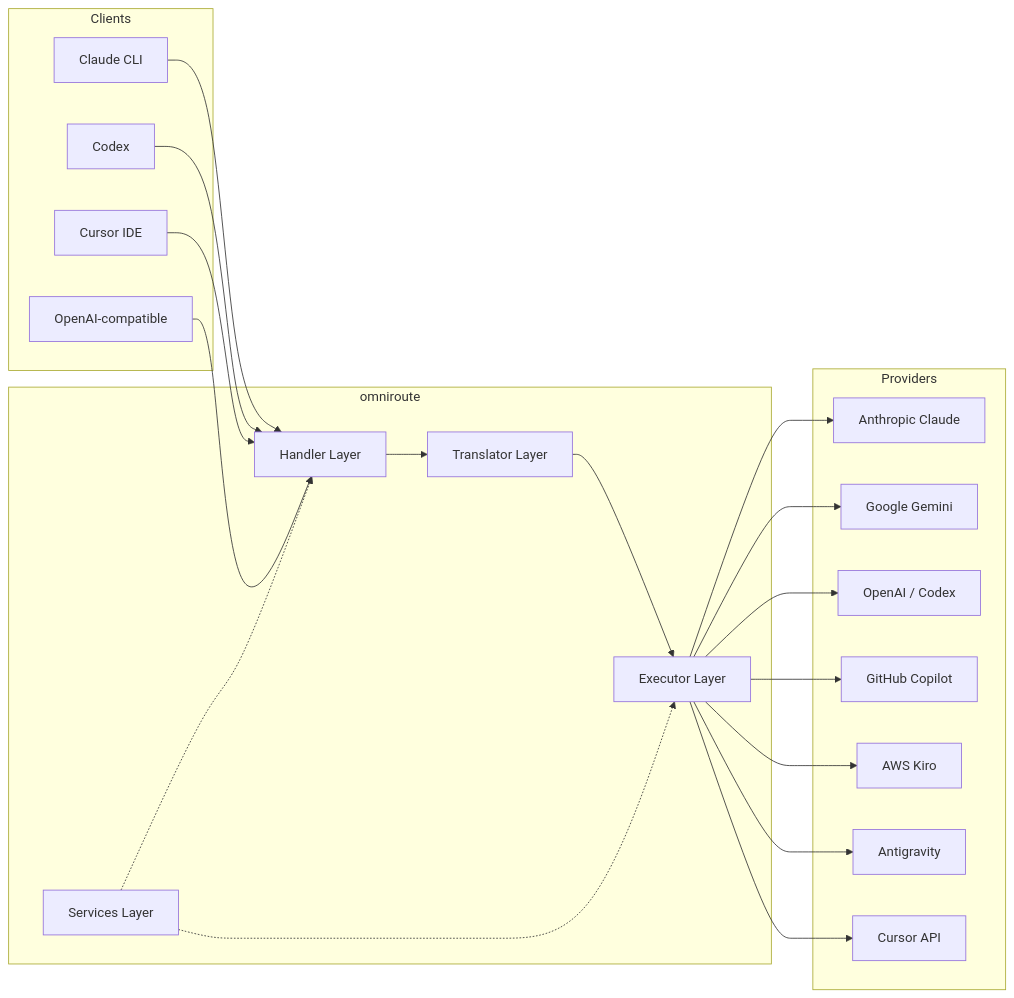
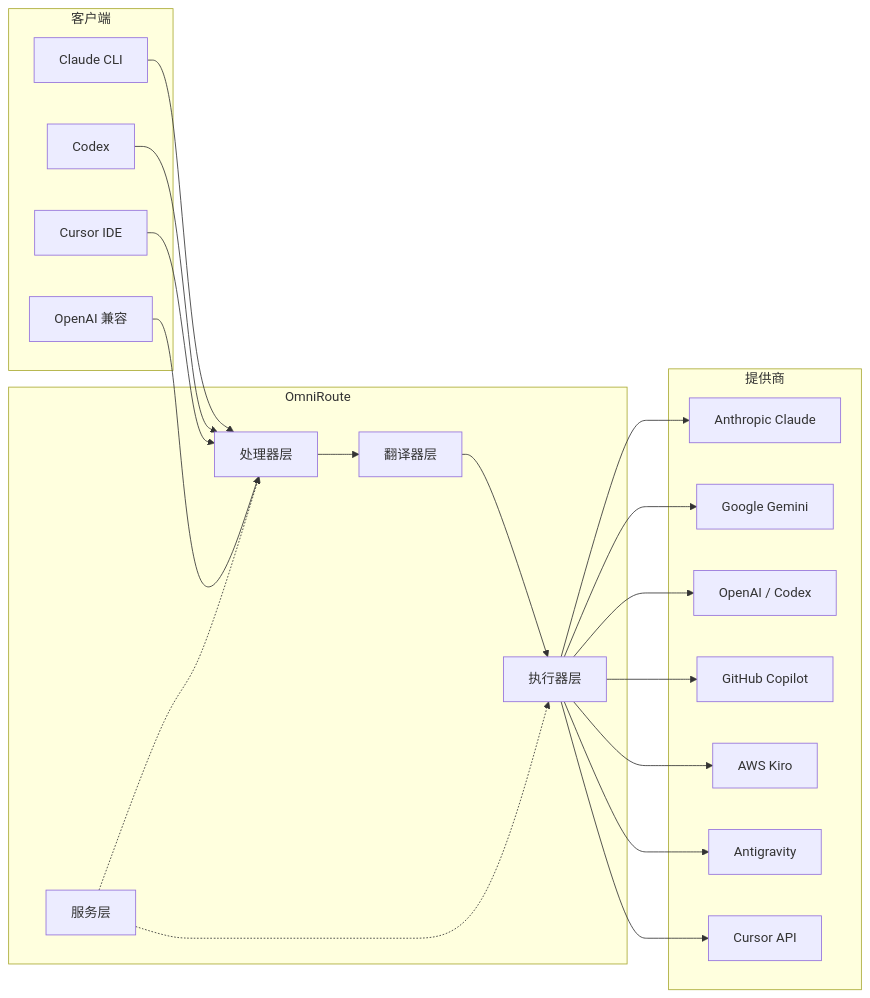
The first of 12 diagrams in apps/omniroute/docs/i18n/zh-CN/CODEBASE_DOCUMENTATION.md (innotelinc/jesus), drawn with Mermaid before and after one commit. The commit also changed other lines of this file and 14 other files, not shown here.

````diff
--- a/apps/omniroute/docs/i18n/zh-CN/CODEBASE_DOCUMENTATION.md
+++ b/apps/omniroute/docs/i18n/zh-CN/CODEBASE_DOCUMENTATION.md
@@ -25,42 +21,42 @@
 ```mermaid
 graph LR
-    subgraph Clients
+    subgraph Clients[客户端]
         A[Claude CLI]
         B[Codex]
         C[Cursor IDE]
-        D[OpenAI-compatible]
+        D[OpenAI 兼容]
     end
 
-    subgraph omniroute
-        E[Handler Layer]
-        F[Translator Layer]
-        G[Executor Layer]
-        H[Services Layer]
+    subgraph omniroute[OmniRoute]
+        E[处理器层]
+        F[翻译器层]
+        G[执行器层]
+        H[服务层]
     end
 
-    subgraph Providers
+    subgraph Providers[提供商]
         I[Anthropic Claude]
         J[Google Gemini]
         K[OpenAI / Codex]
         L[GitHub Copilot]
         M[AWS Kiro]
         N[Antigravity]
         O[Cursor API]
     end
 
     A --> E
     B --> E
     C --> E
     D --> E
     E --> F
     F --> G
     G --> I
     G --> J
     G --> K
     G --> L
     G --> M
     G --> N
     G --> O
     H -.-> E
     H -.-> G
 ```
````
